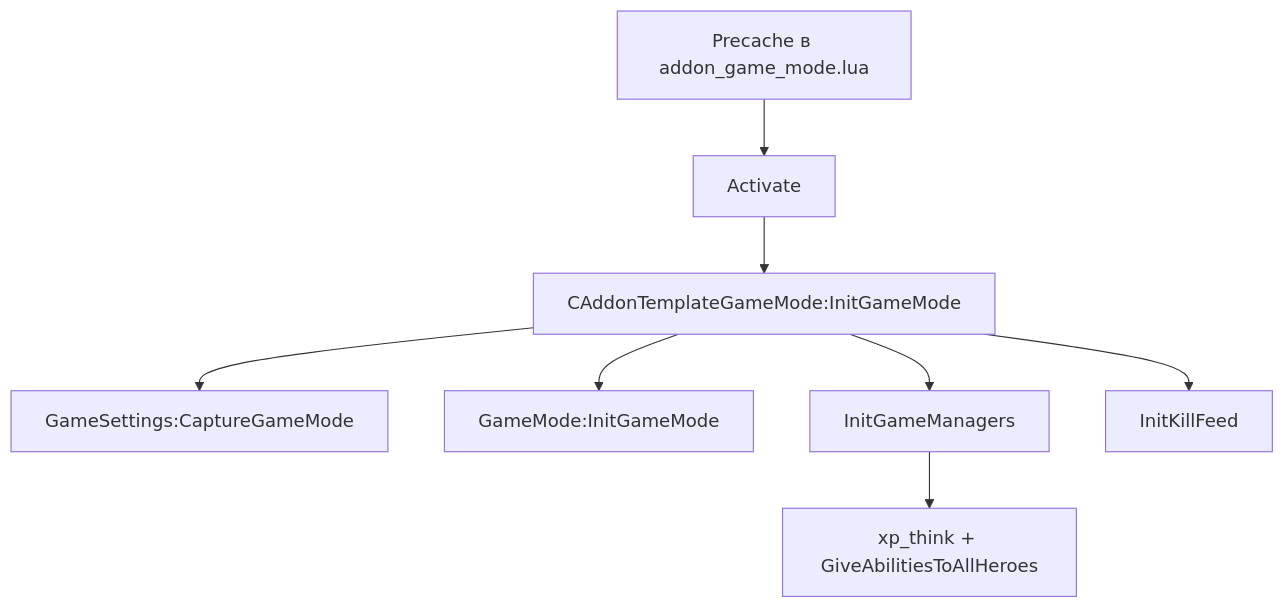
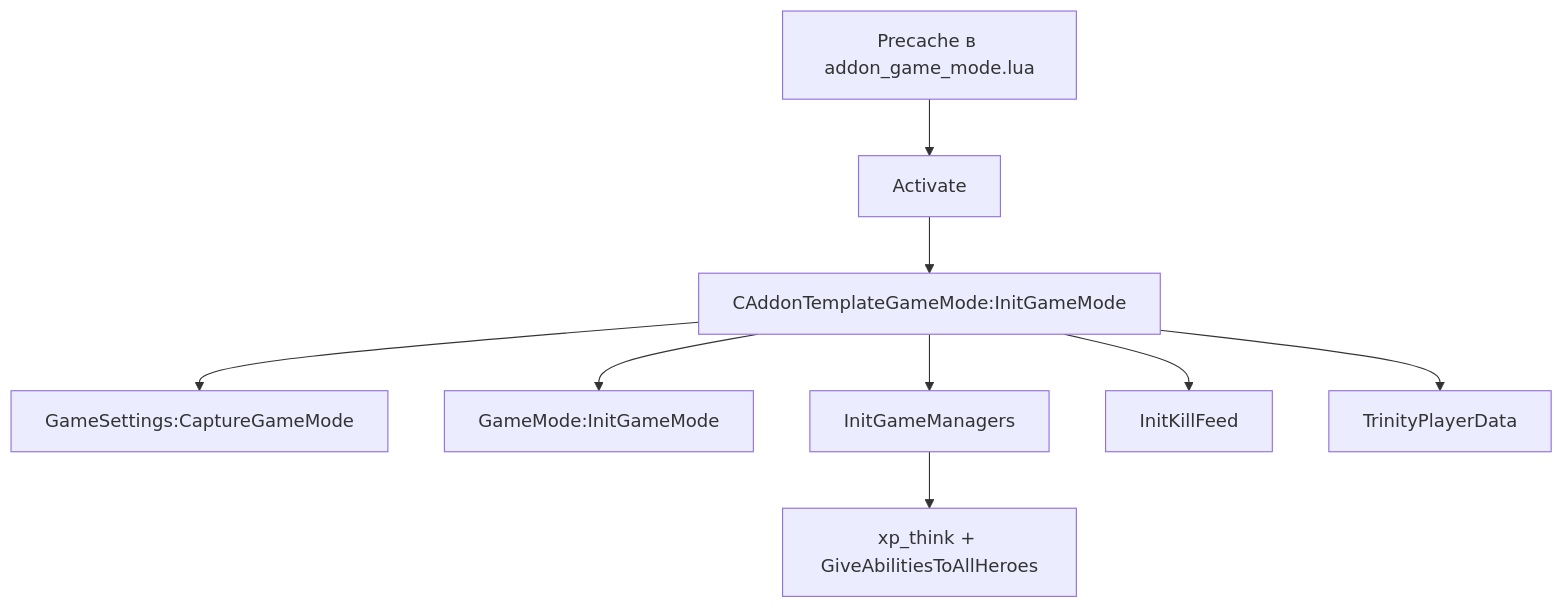
Before and after one commit to konalt1/Trinity: the first of 5 diagrams in docs/AGENTS.md, drawn with Mermaid. The commit also changed other lines of this file and 50 other files, not shown here.

````diff
--- a/docs/AGENTS.md
+++ b/docs/AGENTS.md
@@ -142,10 +151,11 @@
 ```mermaid
 flowchart TD
     A[Precache в addon_game_mode.lua] --> B[Activate]
     B --> C[CAddonTemplateGameMode:InitGameMode]
     C --> D[GameSettings:CaptureGameMode]
     C --> E[GameMode:InitGameMode]
     C --> F[InitGameManagers]
     C --> G[InitKillFeed]
+    C --> H[TrinityPlayerData]
     F --> I[xp_think + GiveAbilitiesToAllHeroes]
 ```
````
